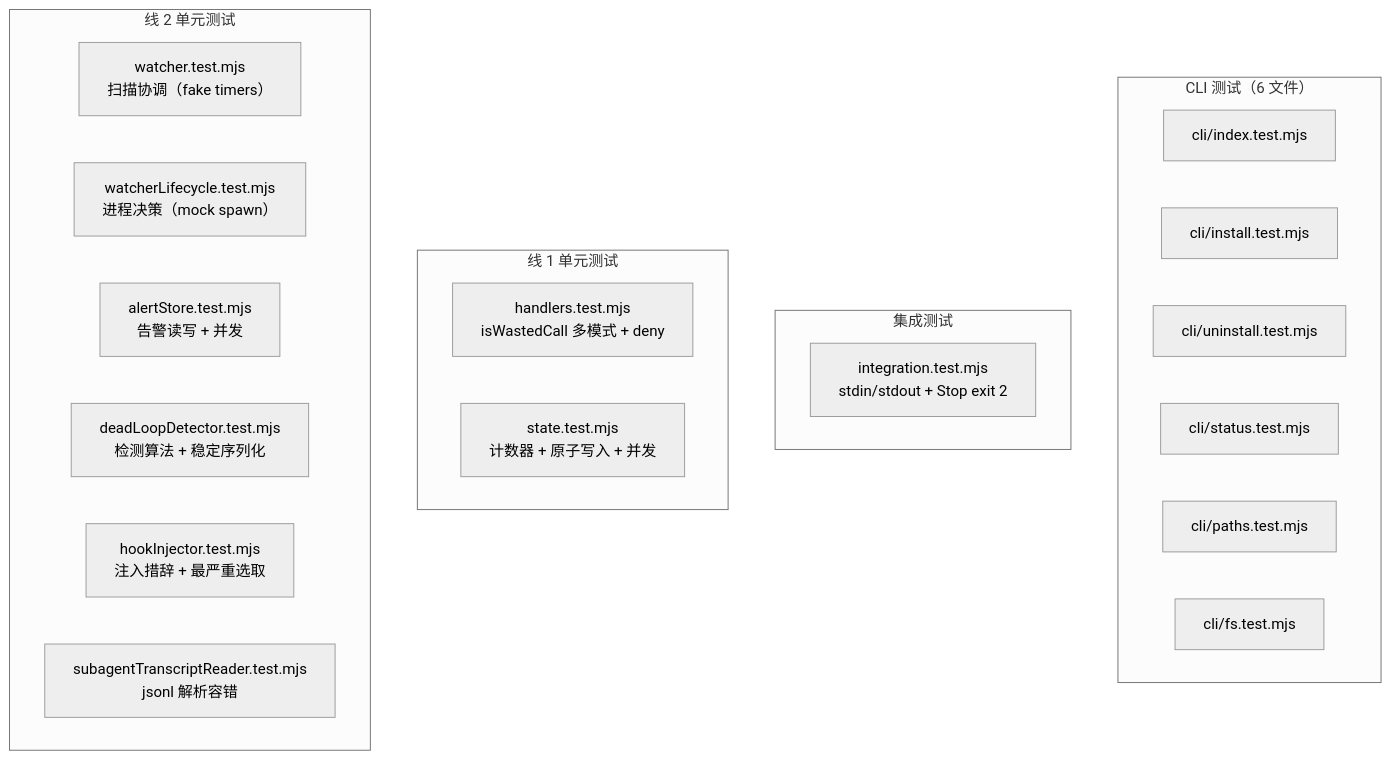
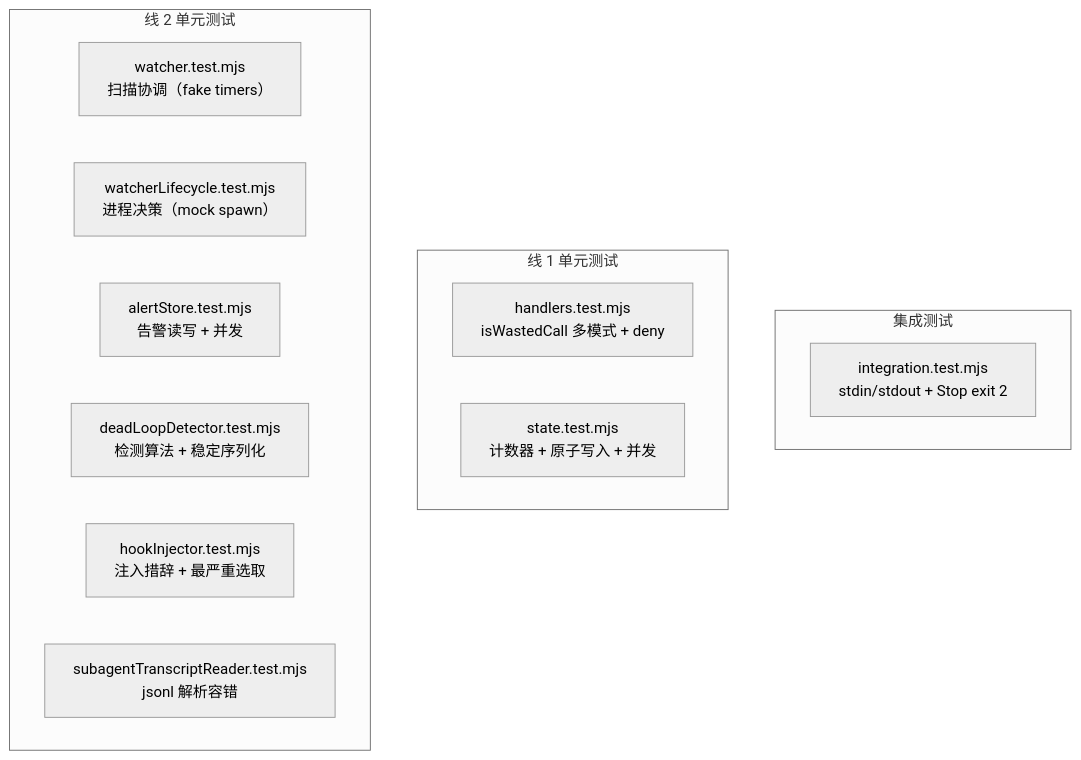
One commit to Lionad-Morotar/cc-break-dead-loop changed the diagram in docs/4.DeepDive/Testing.md. Above: the diagram before and after it, drawn with Mermaid (neutral theme). The commit also changed other lines of this file and 24 other files, not shown here.

````diff
--- a/docs/4.DeepDive/Testing.md
+++ b/docs/4.DeepDive/Testing.md
@@ -18,29 +18,20 @@
 ```mermaid
 graph TD
-  subgraph "CLI 测试（6 文件）"
-    C1[cli/index.test.mjs]
-    C2[cli/install.test.mjs]
-    C3[cli/uninstall.test.mjs]
-    C4[cli/status.test.mjs]
-    C5[cli/paths.test.mjs]
-    C6[cli/fs.test.mjs]
-  end
-
   subgraph "集成测试"
     I1[integration.test.mjs<br/>stdin/stdout + Stop exit 2]
   end
 
   subgraph "线 1 单元测试"
     H1[handlers.test.mjs<br/>isWastedCall 多模式 + deny]
     H2[state.test.mjs<br/>计数器 + 原子写入 + 并发]
   end
 
   subgraph "线 2 单元测试"
     W1[watcher.test.mjs<br/>扫描协调（fake timers）]
     W2[watcherLifecycle.test.mjs<br/>进程决策（mock spawn）]
     W3[alertStore.test.mjs<br/>告警读写 + 并发]
     W4[deadLoopDetector.test.mjs<br/>检测算法 + 稳定序列化]
     W5[hookInjector.test.mjs<br/>注入措辞 + 最严重选取]
     W6[subagentTranscriptReader.test.mjs<br/>jsonl 解析容错]
   end
 ```
````
